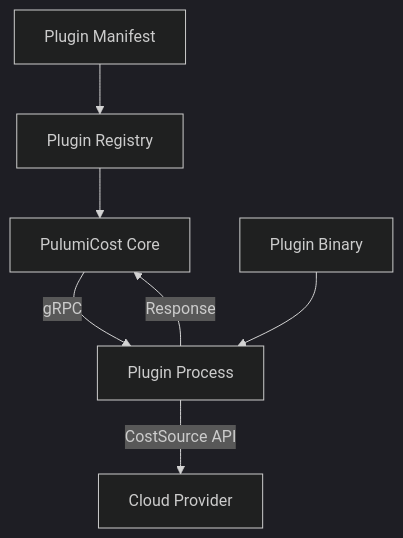
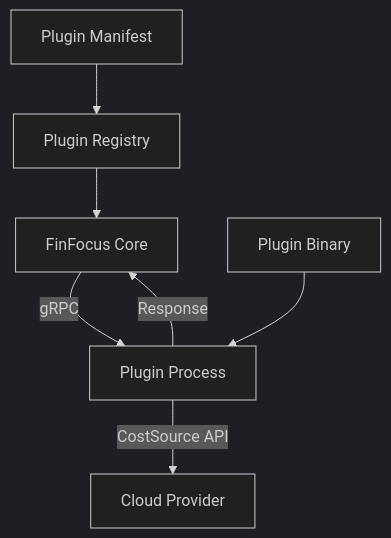
Before and after one commit to rshade/pulumicost-core: the diagram in docs/plugin-system.md, drawn with Mermaid (dark theme). The commit also changed other lines of this file and 514 other files, not shown here.

````diff
--- a/docs/plugin-system.md
+++ b/docs/plugin-system.md
@@ -37,10 +37,10 @@
 ```mermaid
 graph TD
-    A[PulumiCost Core] -->|gRPC| B[Plugin Process]
+    A[FinFocus Core] -->|gRPC| B[Plugin Process]
     B -->|CostSource API| C[Cloud Provider]
     B -->|Response| A
 
     D[Plugin Registry] --> A
     E[Plugin Manifest] --> D
     F[Plugin Binary] --> B
 ```
````
